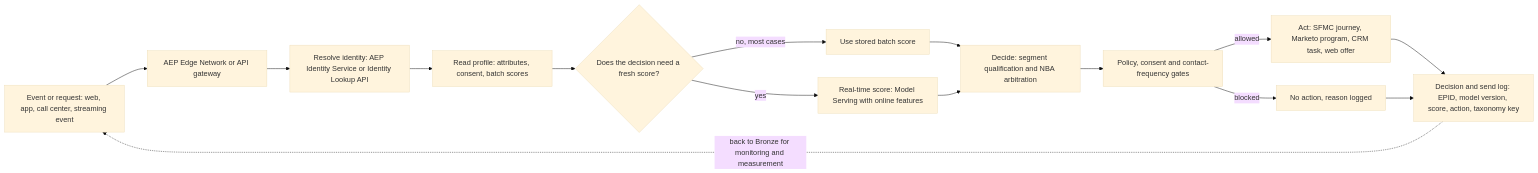
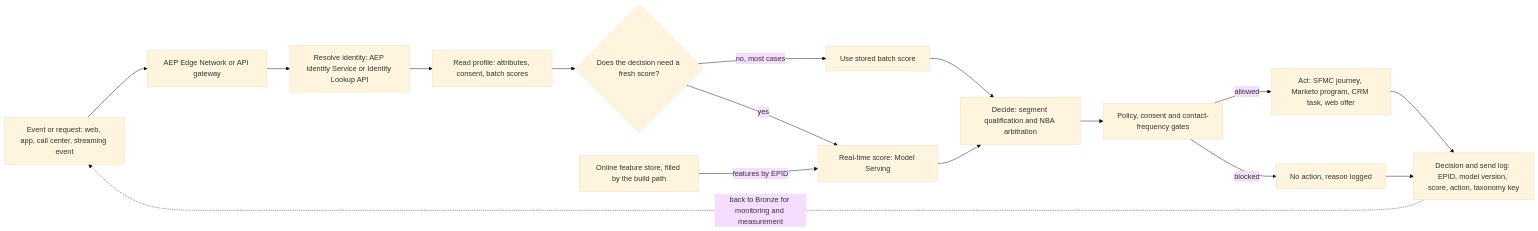
The third of 6 diagrams in SpecRepo/activation/01_TARGET_ARCHITECTURE.md (brandon-benge/example-data-pipeline-w-ml), drawn with Mermaid (base theme) before and after one commit. The commit also changed other lines of this file, not shown here.

First line of the commit message:
docs(activation): show the online feature store on the serving path; clarify raw event fields vs features

````diff
--- a/SpecRepo/activation/01_TARGET_ARCHITECTURE.md
+++ b/SpecRepo/activation/01_TARGET_ARCHITECTURE.md
@@ -191,17 +195,18 @@
 ```mermaid
 flowchart LR
     EV[Event or request: web, app, call center, streaming event] --> EDGE[AEP Edge Network or API gateway]
     EDGE --> IDR[Resolve identity: AEP Identity Service or Identity Lookup API]
     IDR --> PRF[Read profile: attributes, consent, batch scores]
     PRF --> Q{Does the decision need a fresh score?}
     Q -- "no, most cases" --> USE[Use stored batch score]
-    Q -- "yes" --> RTS[Real-time score: Model Serving with online features]
+    Q -- "yes" --> RTS[Real-time score: Model Serving]
+    OF2[Online feature store, filled by the build path] -- "features by EPID" --> RTS
     USE --> DEC[Decide: segment qualification and NBA arbitration]
     RTS --> DEC
     DEC --> GATE[Policy, consent and contact-frequency gates]
     GATE -- "allowed" --> ACT[Act: SFMC journey, Marketo program, CRM task, web offer]
     GATE -- "blocked" --> NONE[No action, reason logged]
     ACT --> LOG[Decision and send log: EPID, model version, score, action, taxonomy key]
     NONE --> LOG
     LOG -. "back to Bronze for monitoring and measurement" .-> EV
 ```
````
